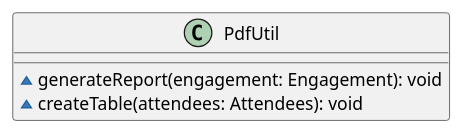
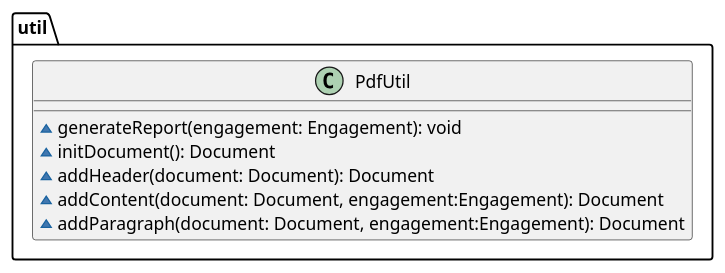
The diagram in docs/diagrams/PdfUtilClassDiagram.puml (nus-cs2103-AY1920S1/addressbook-level3), drawn with PlantUML before and after one commit. The commit also changed 3 other files, not shown here.

Commit message:
adds sequence diagram for pdf document generation.

```diff
--- a/docs/diagrams/PdfUtilClassDiagram.puml
+++ b/docs/diagrams/PdfUtilClassDiagram.puml
@@ -1,8 +1,11 @@
 @startuml
-
-class PdfUtil {
-    ~ generateReport(engagement: Engagement): void
-    ~ createTable(attendees: Attendees): void
+package util {
+    class PdfUtil {
+        ~ generateReport(engagement: Engagement): void
+        ~ initDocument(): Document
+        ~ addHeader(document: Document): Document
+        ~ addContent(document: Document, engagement:Engagement): Document
+        ~ addParagraph(document: Document, engagement:Engagement): Document
+    }
 }
-
 @enduml
```
